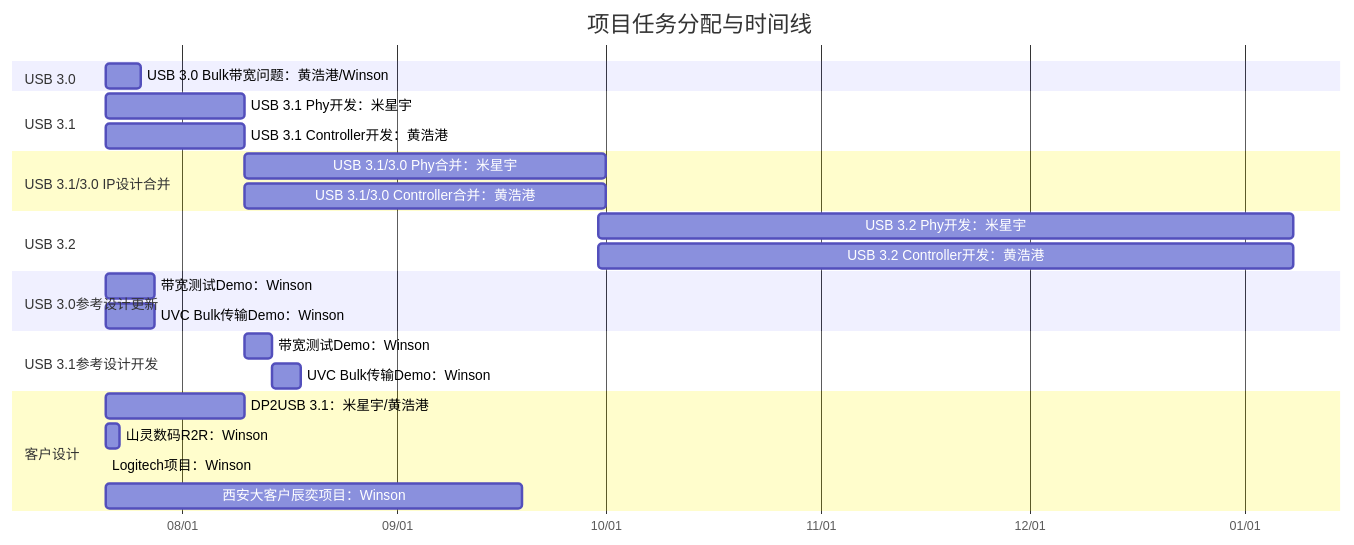
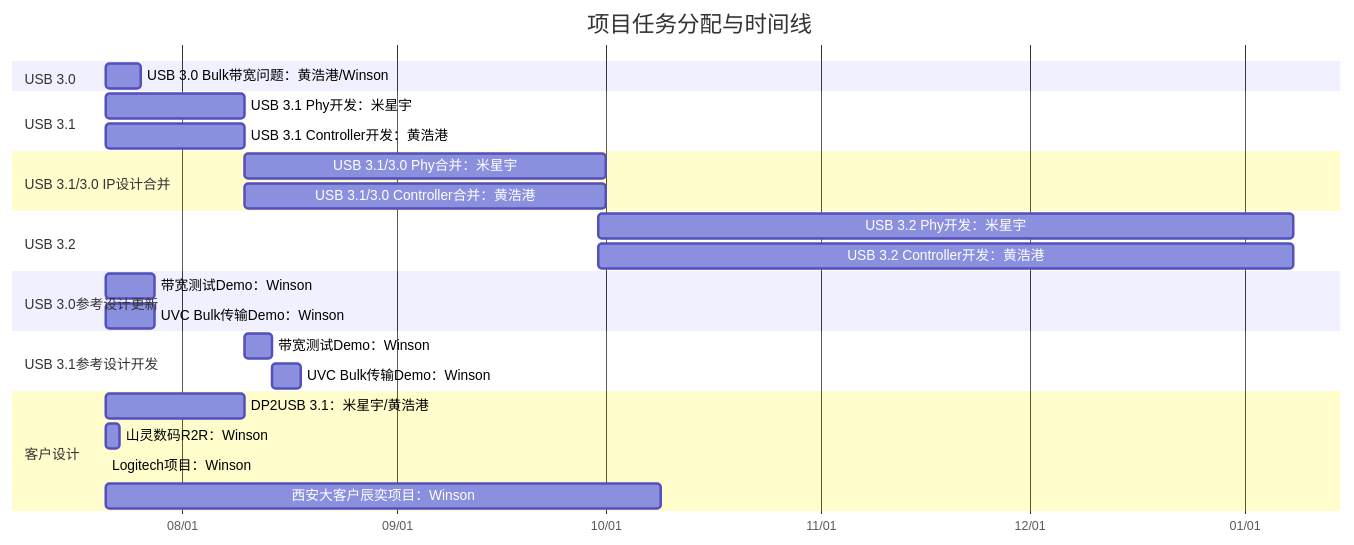
One commit to winsonbook/iodraw-files changed the diagram in all/未命名.md. Above: the diagram before and after it, drawn with Mermaid.

Commit message:
2025-07-21 10:12:05 update

````diff
--- a/all/未命名.md
+++ b/all/未命名.md
@@ -1,35 +1,35 @@
 ```mermaid
 gantt
     title 项目任务分配与时间线
     dateFormat  YYYY-MM-DD
     axisFormat  %m/%d
 
     section USB 3.0
     USB 3.0 Bulk带宽问题：黄浩港/Winson   :    task1, 2025-07-21, 5d
 
     section USB 3.1
     USB 3.1 Phy开发：米星宇      :         task2, 2025-07-21, 20d
     USB 3.1 Controller开发：黄浩港      :  task3, 2025-07-21, 20d
 
     section USB 3.1/3.0 IP设计合并
     USB 3.1/3.0 Phy合并：米星宇       :    task4, 2025-08-10, 52d
     USB 3.1/3.0 Controller合并：黄浩港:    task5, 2025-08-10, 52d
 
     section USB 3.2
     USB 3.2 Phy开发：米星宇      :         task2, 2025-09-30, 100d
     USB 3.2 Controller开发：黄浩港      :  task3, 2025-09-30, 100d
 
     section USB 3.0参考设计更新
     带宽测试Demo：Winson       :         task6, 2025-07-21, 7d
     UVC Bulk传输Demo：Winson   :        task7, 2025-07-21, 7d
 
     section USB 3.1参考设计开发
     带宽测试Demo：Winson       :         task8, 2025-08-10, 4d
     UVC Bulk传输Demo：Winson   :         task9, 2025-08-14, 4d
 
     section 客户设计
     DP2USB 3.1：米星宇/黄浩港      :task10, 2025-07-21, 20d
     山灵数码R2R：Winson :             task11, 2025-07-21, 2d
     Logitech项目：Winson :            task12, 2025-07-21, d
-    西安大客户辰奕项目：Winson :       task13, 2025-07-21, 60d
+    西安大客户辰奕项目：Winson :       task13, 2025-07-21, 80d
 ```
````
